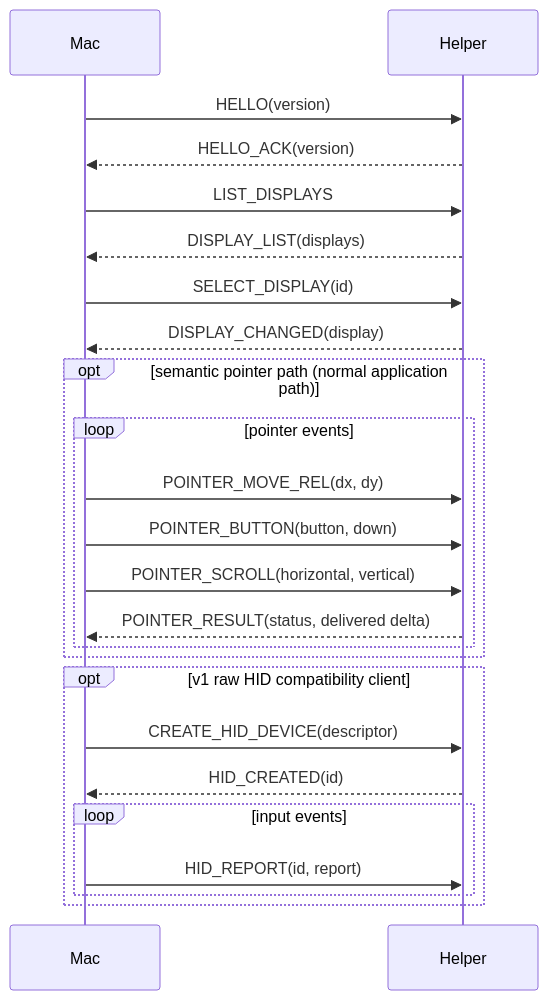
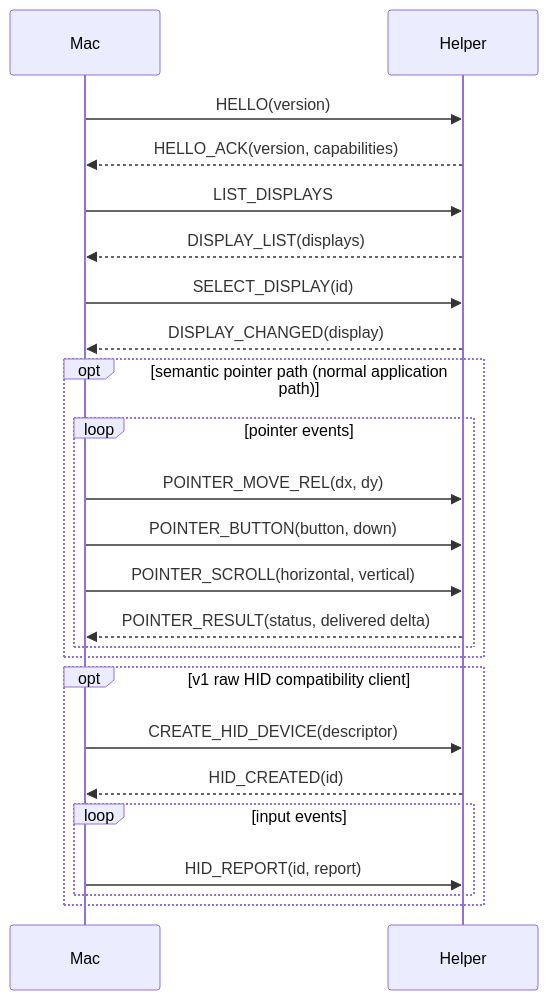
One commit to luceat-lux-vestra/crossinput changed the diagram in protocol/protocol.md. Above: the diagram before and after it, drawn with Mermaid. The commit also changed other lines of this file and 34 other files, not shown here.

````diff
--- a/protocol/protocol.md
+++ b/protocol/protocol.md
@@ -190,26 +202,26 @@
 ```mermaid
 sequenceDiagram
     participant Mac
     participant Helper
     Mac->>Helper: HELLO(version)
-    Helper-->>Mac: HELLO_ACK(version)
+    Helper-->>Mac: HELLO_ACK(version, capabilities)
     Mac->>Helper: LIST_DISPLAYS
     Helper-->>Mac: DISPLAY_LIST(displays)
     Mac->>Helper: SELECT_DISPLAY(id)
     Helper-->>Mac: DISPLAY_CHANGED(display)
     opt semantic pointer path (normal application path)
         loop pointer events
             Mac->>Helper: POINTER_MOVE_REL(dx, dy)
             Mac->>Helper: POINTER_BUTTON(button, down)
             Mac->>Helper: POINTER_SCROLL(horizontal, vertical)
             Helper-->>Mac: POINTER_RESULT(status, delivered delta)
         end
     end
     opt v1 raw HID compatibility client
         Mac->>Helper: CREATE_HID_DEVICE(descriptor)
         Helper-->>Mac: HID_CREATED(id)
         loop input events
             Mac->>Helper: HID_REPORT(id, report)
         end
     end
 ```
````
